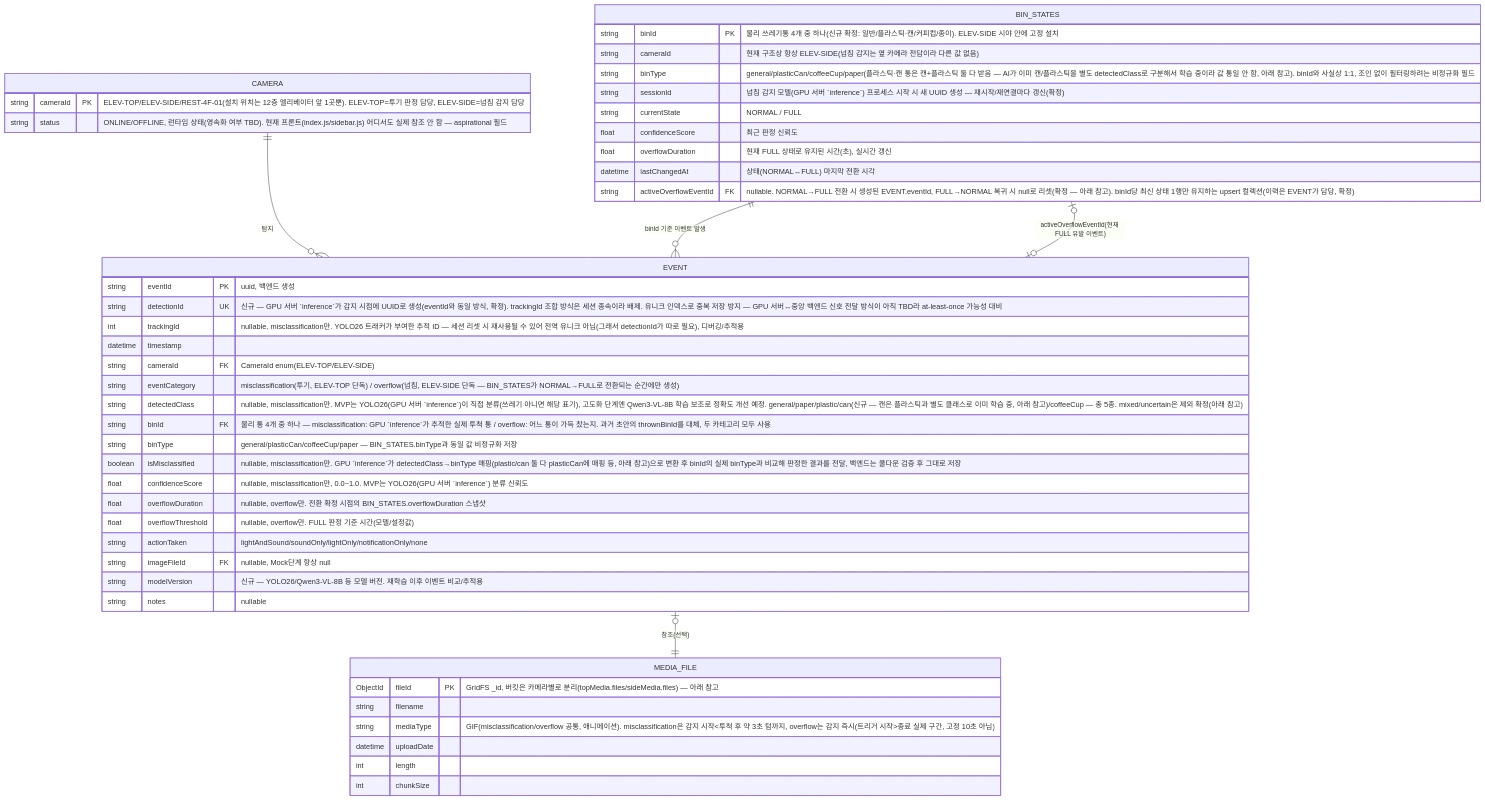
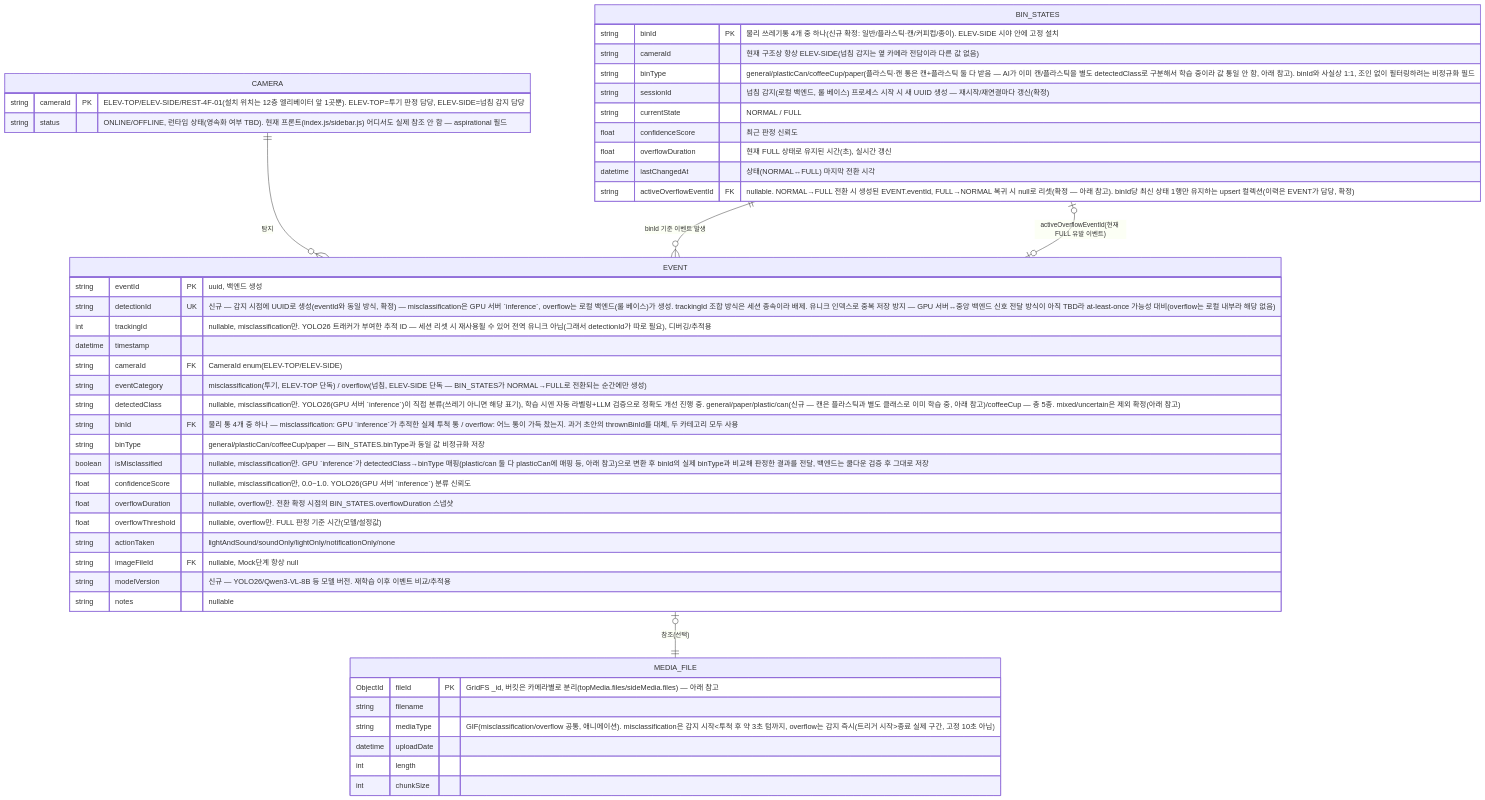
One commit to SortMasterr/SortMaster changed the diagram in Docs/ERD.md. Above: the diagram before and after it, drawn with Mermaid. The commit also changed other lines of this file and 7 other files, not shown here.

````diff
--- a/Docs/ERD.md
+++ b/Docs/ERD.md
@@ -17,53 +18,53 @@
 ```mermaid
 erDiagram
     CAMERA ||--o{ EVENT : "탐지"
     BIN_STATES ||--o{ EVENT : "binId 기준 이벤트 발생"
     BIN_STATES |o--o| EVENT : "activeOverflowEventId(현재 FULL 유발 이벤트)"
     EVENT |o--|| MEDIA_FILE : "참조(선택)"
 
     CAMERA {
         string cameraId PK "ELEV-TOP/ELEV-SIDE/REST-4F-01(설치 위치는 12층 엘리베이터 앞 1곳뿐). ELEV-TOP=투기 판정 담당, ELEV-SIDE=넘침 감지 담당"
         string status "ONLINE/OFFLINE, 런타임 상태(영속화 여부 TBD). 현재 프론트(index.js/sidebar.js) 어디서도 실제 참조 안 함 — aspirational 필드"
     }
 
     BIN_STATES {
         string binId PK "물리 쓰레기통 4개 중 하나(신규 확정: 일반/플라스틱·캔/커피컵/종이). ELEV-SIDE 시야 안에 고정 설치"
         string cameraId "현재 구조상 항상 ELEV-SIDE(넘침 감지는 옆 카메라 전담이라 다른 값 없음)"
         string binType "general/plasticCan/coffeeCup/paper(플라스틱·캔 통은 캔+플라스틱 둘 다 받음 — AI가 이미 캔/플라스틱을 별도 detectedClass로 구분해서 학습 중이라 값 통일 안 함, 아래 참고). binId와 사실상 1:1, 조인 없이 필터링하려는 비정규화 필드"
-        string sessionId "넘침 감지 모델(GPU 서버 `inference`) 프로세스 시작 시 새 UUID 생성 — 재시작/재연결마다 갱신(확정)"
+        string sessionId "넘침 감지(로컬 백엔드, 룰 베이스) 프로세스 시작 시 새 UUID 생성 — 재시작/재연결마다 갱신(확정)"
         string currentState "NORMAL / FULL"
         float confidenceScore "최근 판정 신뢰도"
         float overflowDuration "현재 FULL 상태로 유지된 시간(초), 실시간 갱신"
         datetime lastChangedAt "상태(NORMAL↔FULL) 마지막 전환 시각"
         string activeOverflowEventId FK "nullable. NORMAL→FULL 전환 시 생성된 EVENT.eventId, FULL→NORMAL 복귀 시 null로 리셋(확정 — 아래 참고). binId당 최신 상태 1행만 유지하는 upsert 컬렉션(이력은 EVENT가 담당, 확정)"
     }
 
     EVENT {
         string eventId PK "uuid, 백엔드 생성"
-        string detectionId UK "신규 — GPU 서버 `inference`가 감지 시점에 UUID로 생성(eventId와 동일 방식, 확정). trackingId 조합 방식은 세션 종속이라 배제. 유니크 인덱스로 중복 저장 방지 — GPU 서버↔중앙 백엔드 신호 전달 방식이 아직 TBD라 at-least-once 가능성 대비"
+        string detectionId UK "신규 — 감지 시점에 UUID로 생성(eventId와 동일 방식, 확정) — misclassification은 GPU 서버 `inference`, overflow는 로컬 백엔드(룰 베이스)가 생성. trackingId 조합 방식은 세션 종속이라 배제. 유니크 인덱스로 중복 저장 방지 — GPU 서버↔중앙 백엔드 신호 전달 방식이 아직 TBD라 at-least-once 가능성 대비(overflow는 로컬 내부라 해당 없음)"
         int trackingId "nullable, misclassification만. YOLO26 트래커가 부여한 추적 ID — 세션 리셋 시 재사용될 수 있어 전역 유니크 아님(그래서 detectionId가 따로 필요), 디버깅/추적용"
         datetime timestamp
         string cameraId FK "CameraId enum(ELEV-TOP/ELEV-SIDE)"
         string eventCategory "misclassification(투기, ELEV-TOP 단독) / overflow(넘침, ELEV-SIDE 단독 — BIN_STATES가 NORMAL→FULL로 전환되는 순간에만 생성)"
-        string detectedClass "nullable, misclassification만. MVP는 YOLO26(GPU 서버 `inference`)이 직접 분류(쓰레기 아니면 해당 표기), 고도화 단계엔 Qwen3-VL-8B 학습 보조로 정확도 개선 예정. general/paper/plastic/can(신규 — 캔은 플라스틱과 별도 클래스로 이미 학습 중, 아래 참고)/coffeeCup — 총 5종. mixed/uncertain은 제외 확정(아래 참고)"
+        string detectedClass "nullable, misclassification만. YOLO26(GPU 서버 `inference`)이 직접 분류(쓰레기 아니면 해당 표기), 학습 시엔 자동 라벨링+LLM 검증으로 정확도 개선 진행 중. general/paper/plastic/can(신규 — 캔은 플라스틱과 별도 클래스로 이미 학습 중, 아래 참고)/coffeeCup — 총 5종. mixed/uncertain은 제외 확정(아래 참고)"
         string binId FK "물리 통 4개 중 하나 — misclassification: GPU `inference`가 추적한 실제 투척 통 / overflow: 어느 통이 가득 찼는지. 과거 초안의 thrownBinId를 대체, 두 카테고리 모두 사용"
         string binType "general/plasticCan/coffeeCup/paper — BIN_STATES.binType과 동일 값 비정규화 저장"
         boolean isMisclassified "nullable, misclassification만. GPU `inference`가 detectedClass→binType 매핑(plastic/can 둘 다 plasticCan에 매핑 등, 아래 참고)으로 변환 후 binId의 실제 binType과 비교해 판정한 결과를 전달, 백엔드는 쿨다운 검증 후 그대로 저장"
-        float confidenceScore "nullable, misclassification만, 0.0~1.0. MVP는 YOLO26(GPU 서버 `inference`) 분류 신뢰도"
+        float confidenceScore "nullable, misclassification만, 0.0~1.0. YOLO26(GPU 서버 `inference`) 분류 신뢰도"
         float overflowDuration "nullable, overflow만. 전환 확정 시점의 BIN_STATES.overflowDuration 스냅샷"
         float overflowThreshold "nullable, overflow만. FULL 판정 기준 시간(모델/설정값)"
         string actionTaken "lightAndSound/soundOnly/lightOnly/notificationOnly/none"
         string imageFileId FK "nullable, Mock단계 항상 null"
         string modelVersion "신규 — YOLO26/Qwen3-VL-8B 등 모델 버전. 재학습 이후 이벤트 비교/추적용"
         string notes "nullable"
     }
 
     MEDIA_FILE {
         ObjectId fileId PK "GridFS _id, 버킷은 카메라별로 분리(topMedia.files/sideMedia.files) — 아래 참고"
         string filename
         string mediaType "GIF(misclassification/overflow 공통, 애니메이션). misclassification은 감지 시작~투척 후 약 3초 텀까지, overflow는 감지 즉시(트리거 시작~종료 실제 구간, 고정 10초 아님)"
         datetime uploadDate
         int length
         int chunkSize
     }
 ```
````
